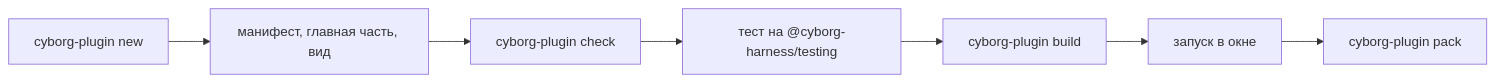
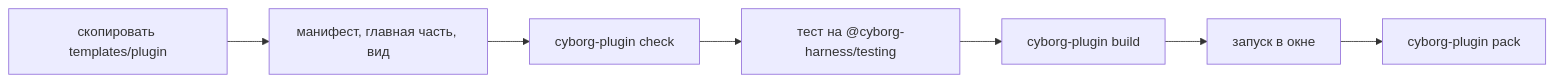
Before and after one commit to dex-it/cyborg-harness: the diagram in docs/guide/start/first-plugin.md, drawn with Mermaid. The commit also changed other lines of this file and 7 other files, not shown here.

Commit message:
P-05: руководство «Первый плагин» по шаблону вместо cyborg-plugin new, ссылки в contracts/README, SRS FR-CH-1013, тесты и CI, карта CLAUDE.md

````diff
--- a/docs/guide/start/first-plugin.md
+++ b/docs/guide/start/first-plugin.md
@@ -8,9 +8,9 @@
 ```mermaid
 flowchart LR
-  new["cyborg-plugin new"] --> edit["манифест, главная часть, вид"]
+  copy["скопировать templates/plugin"] --> edit["манифест, главная часть, вид"]
   edit --> check["cyborg-plugin check"]
   check --> test["тест на @cyborg-harness/testing"]
   test --> build["cyborg-plugin build"]
   build --> run["запуск в окне"]
   run --> pack["cyborg-plugin pack"]
 ```
````
